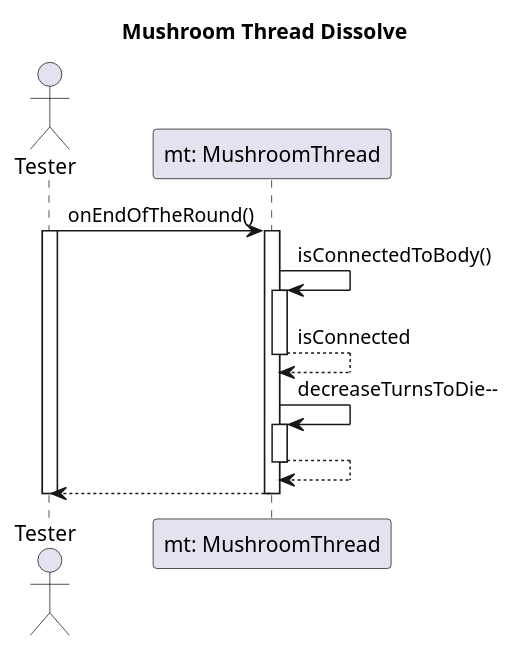
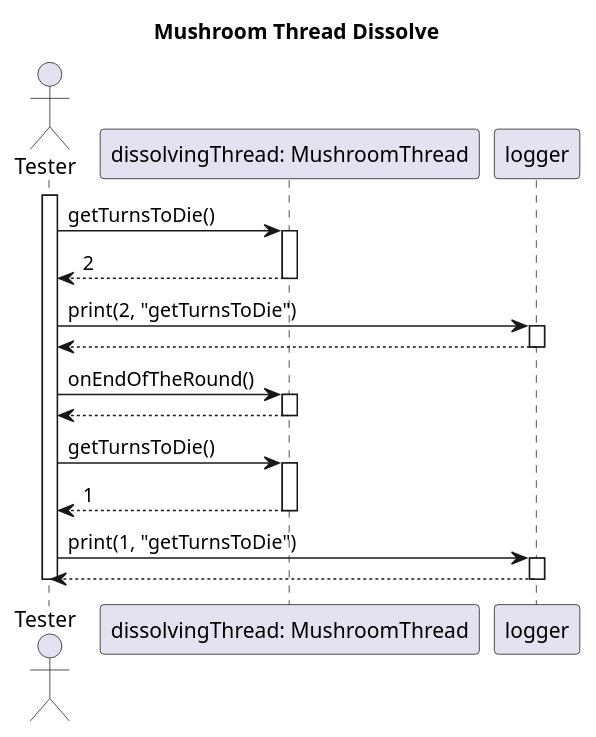
One commit to dzsem/projlab changed the diagram in diagrams/test-sequence/mushroom/mushroomThreadDissolve.wsd. Above: the diagram before and after it, drawn with PlantUML. The commit also changed 1 other file, not shown here.

```diff
--- a/diagrams/test-sequence/mushroom/mushroomThreadDissolve.wsd
+++ b/diagrams/test-sequence/mushroom/mushroomThreadDissolve.wsd
@@ -1,27 +1,39 @@
 @startuml Mushroom Thread Dissolve
 
 title Mushroom Thread Dissolve
 
 actor "Tester" as tester
-participant "mt: MushroomThread" as mt
+participant "dissolvingThread: MushroomThread" as dimt
 
-tester -> mt: onEndOfTheRound()
 activate tester
-activate mt
 
-mt -> mt: isConnectedToBody()
-activate mt
-mt --> mt: isConnected
-deactivate mt
+tester -> dimt: getTurnsToDie()
+activate dimt
+dimt --> tester: 2
+deactivate dimt
 
-mt -> mt: decreaseTurnsToDie--
-activate mt
-mt --> mt
-deactivate mt
+tester -> logger: print(2, "getTurnsToDie")
+activate logger
+logger --> tester
+deactivate logger
 
-mt --> tester
-deactivate mt
+tester -> dimt: onEndOfTheRound()
+activate dimt
+dimt --> tester
+deactivate dimt
+
+tester -> dimt: getTurnsToDie()
+activate dimt
+dimt --> tester: 1
+deactivate dimt
+
+tester -> logger: print(1, "getTurnsToDie")
+activate logger
+logger --> tester
+deactivate logger
+
+
 deactivate tester
 
 
 @enduml
```
